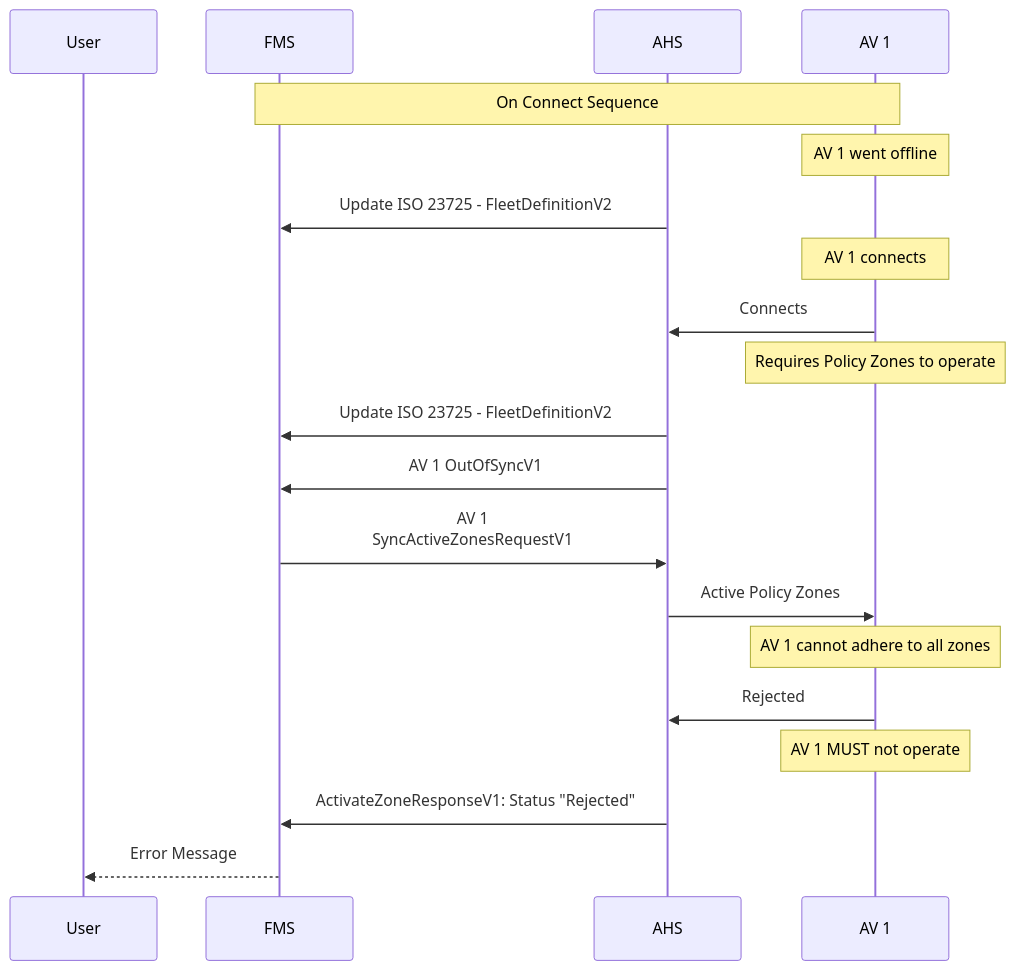
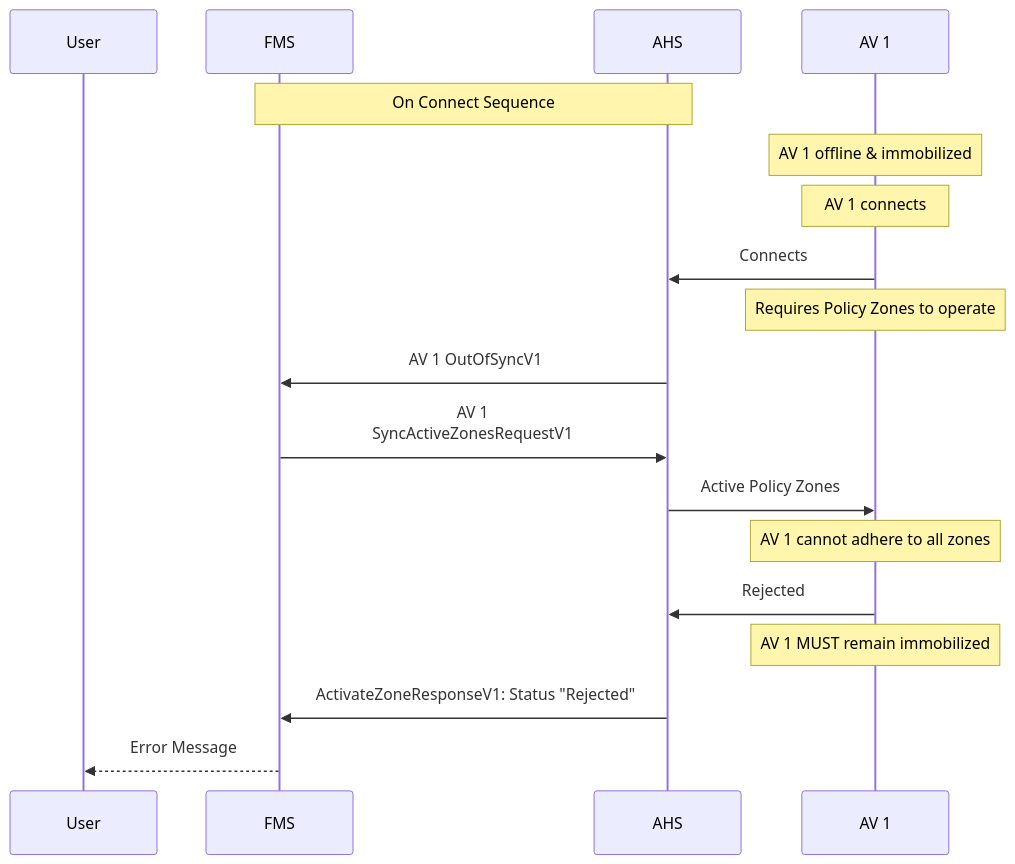
The third of 3 diagrams in diagram/Synchronisation.md (open-autonomy/zone), drawn with Mermaid before and after one commit. The commit also changed other lines of this file, not shown here.

Commit message:
Updated synchronization sequence diagrams

````diff
--- a/diagram/Synchronisation.md
+++ b/diagram/Synchronisation.md
@@ -106,32 +107,31 @@
 ```mermaid
 sequenceDiagram
     participant User
     participant FMS
     participant AHS
     participant AV 1
 
-    Note over FMS,AV 1: On Connect Sequence
-    Note over AV 1: AV 1 went offline
-    AHS->>FMS: Update ISO 23725 - FleetDefinitionV2
+    Note over FMS,AHS: On Connect Sequence
+
+    Note over AV 1: AV 1 offline & immobilized
 
     Note Over AV 1: AV 1 connects
 
     AV 1->>AHS: Connects
     Note Over AV 1: Requires Policy Zones to operate
-    AHS->>FMS: Update ISO 23725 - FleetDefinitionV2
 
     AHS->>FMS: AV 1 OutOfSyncV1
 
     FMS->>AHS: AV 1 <br/> SyncActiveZonesRequestV1
     AHS->>AV 1: Active Policy Zones
     Note Over AV 1: AV 1 cannot adhere to all zones
 
     AV 1->>AHS: Rejected
 
-    Note Over AV 1: AV 1 MUST not operate
+    Note Over AV 1: AV 1 MUST remain immobilized
 
     AHS->>FMS: ActivateZoneResponseV1: Status "Rejected"
 
     FMS-->>User: Error Message
 
 ```
````
